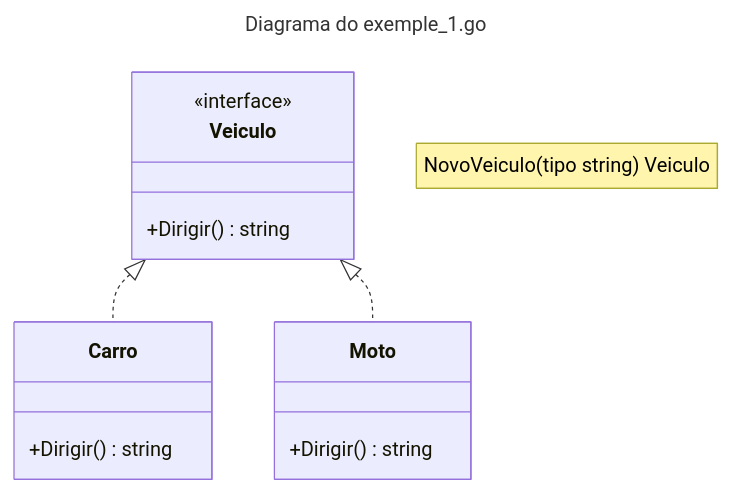
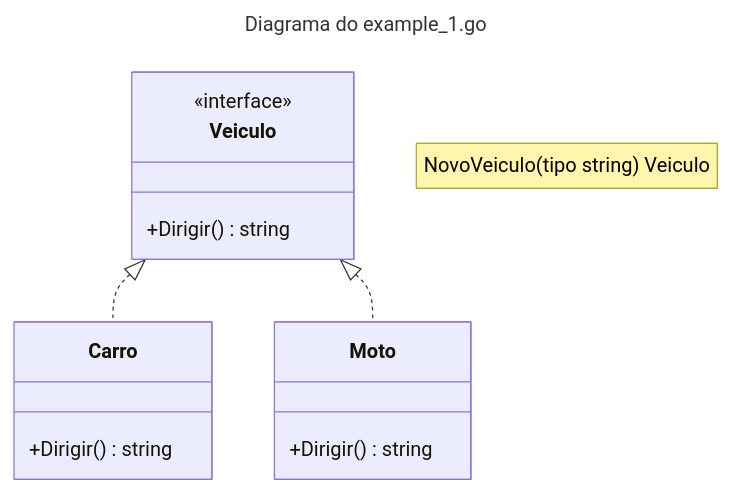
Before and after one commit to marlon-clemente/patterning-designer: the diagram in criacional/factory/readme.md, drawn with Mermaid. The commit also changed 2 other files, not shown here.

Commit message:
add factory method implementation with vehicle examples and update readme title

````diff
--- a/criacional/factory/readme.md
+++ b/criacional/factory/readme.md
@@ -3,23 +3,23 @@
 ```mermaid
 ---
-title: Diagrama do exemple_1.go
+title: Diagrama do example_1.go
 ---
 classDiagram
     note "NovoVeiculo(tipo string) Veiculo"
     class Veiculo {
         <<interface>>
         +Dirigir() string
     }
 
     class Carro {
         +Dirigir() string
     }
 
     class Moto {
         +Dirigir() string
     }
 
     Veiculo <|.. Carro
     Veiculo <|.. Moto
 
 ```
````
